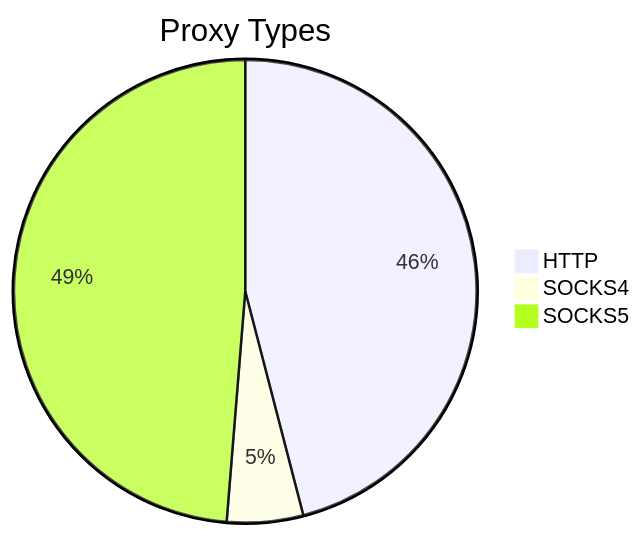
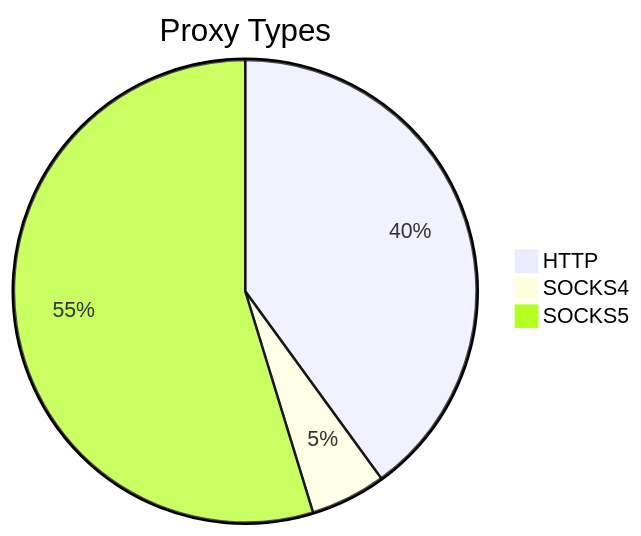
One commit to stormsia/proxy-list changed the first of 2 diagrams in README.md. Above: the diagram before and after it, drawn with Mermaid. The commit also changed other lines of this file, not shown here.

````diff
--- a/README.md
+++ b/README.md
@@ -21,6 +21,6 @@
 ```mermaid
 pie title Proxy Types
-    "HTTP" : 1218
-    "SOCKS4" : 141
-    "SOCKS5" : 1291
+    "HTTP" : 524
+    "SOCKS4" : 69
+    "SOCKS5" : 717
 ```
````
